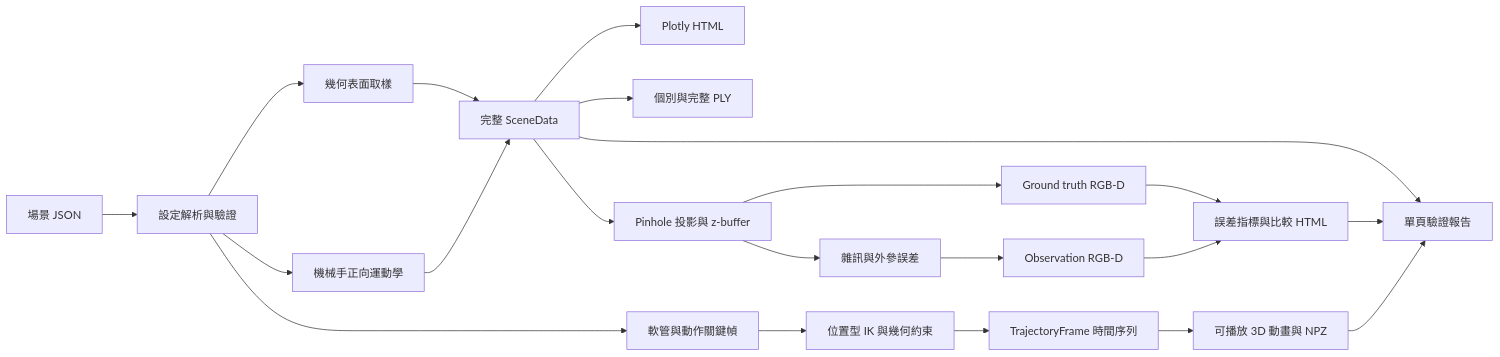
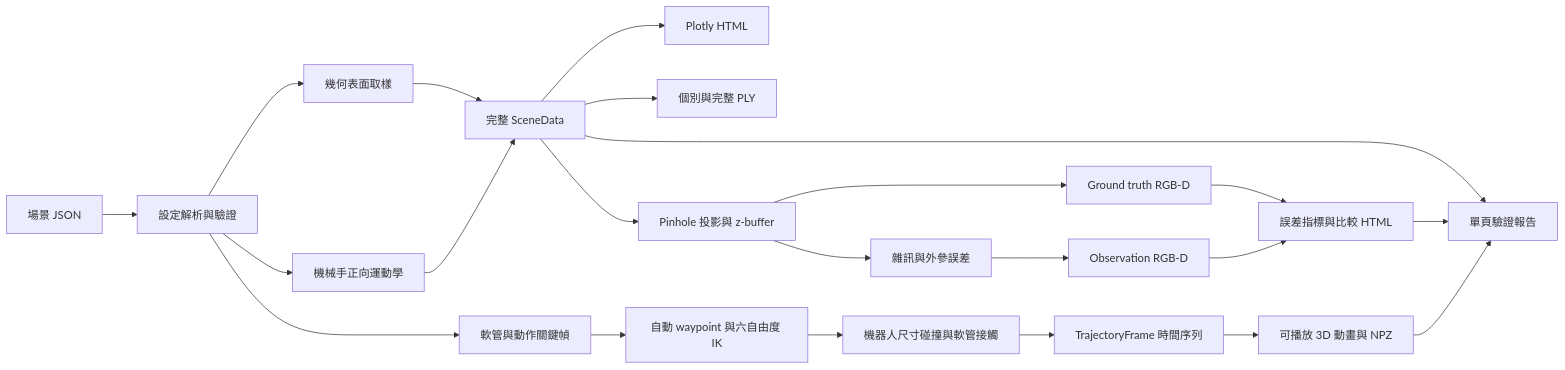
The diagram in README.md (zack7515/SimGrasp3D-Lab), drawn with Mermaid before and after one commit. The commit also changed other lines of this file and 25 other files, not shown here.

````diff
--- a/README.md
+++ b/README.md
@@ -142,23 +147,24 @@
 ```mermaid
 flowchart LR
     A[場景 JSON] --> B[設定解析與驗證]
     B --> C[幾何表面取樣]
     B --> D[機械手正向運動學]
     C --> E[完整 SceneData]
     D --> E
     E --> F[Plotly HTML]
     E --> G[個別與完整 PLY]
     E --> H[Pinhole 投影與 z-buffer]
     H --> I[Ground truth RGB-D]
     H --> J[雜訊與外參誤差]
     J --> K[Observation RGB-D]
     I --> L[誤差指標與比較 HTML]
     K --> L
     B --> N[軟管與動作關鍵幀]
-    N --> O[位置型 IK 與幾何約束]
-    O --> P[TrajectoryFrame 時間序列]
+    N --> O[自動 waypoint 與六自由度 IK]
+    O --> R[機器人尺寸碰撞與軟管接觸]
+    R --> P[TrajectoryFrame 時間序列]
     P --> Q[可播放 3D 動畫與 NPZ]
     E --> M[單頁驗證報告]
     L --> M
     Q --> M
 ```
````
